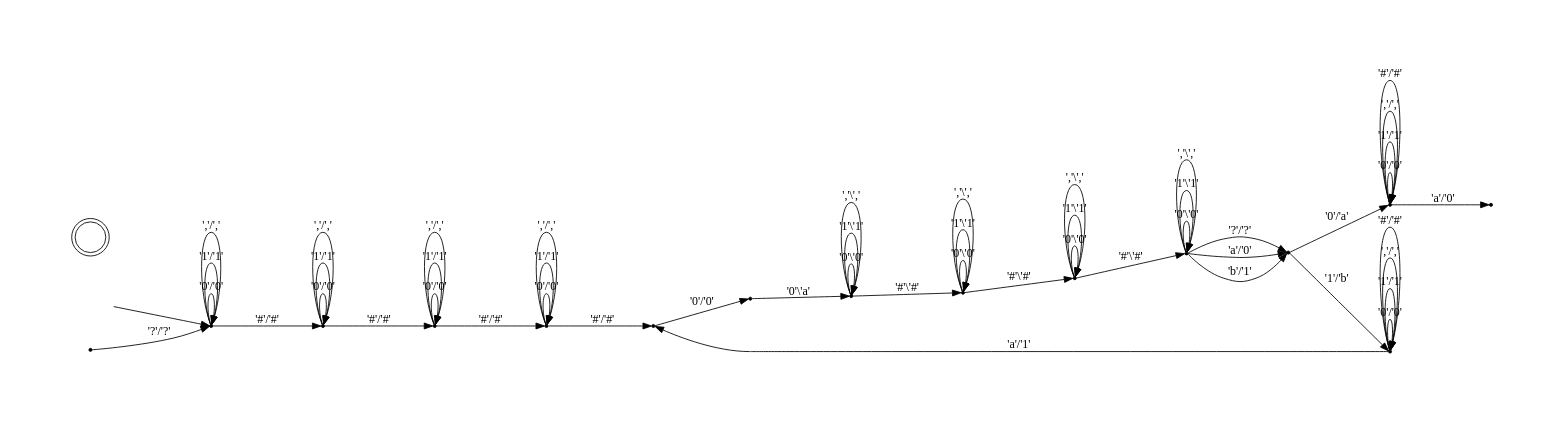
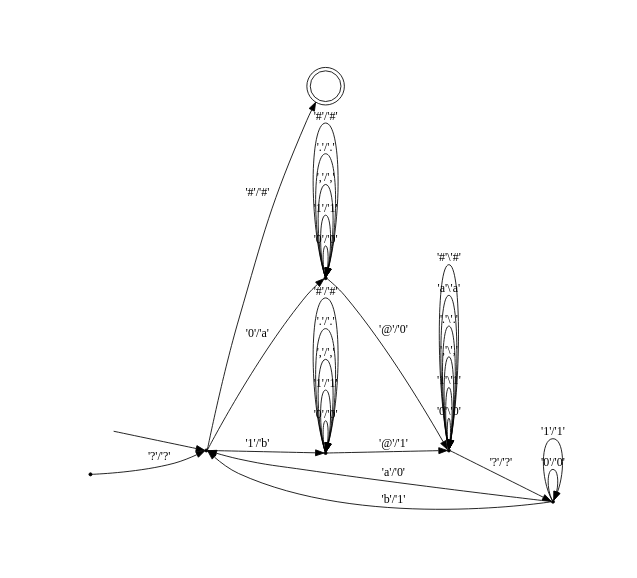
The diagram in lweilr/utm.gv (laura-weiler/EL_UTM), drawn with Graphviz before and after one commit. The commit also changed 1 other file, not shown here.

```diff
--- a/lweilr/utm.gv
+++ b/lweilr/utm.gv
@@ -1,58 +1,36 @@
 digraph pda {
 graph [pad="1", nodesep=".5", ranksep="1"];
 rankdir = LR;
 hidden [shape = plaintext, label = ""];
 node [shape = doublecircle];
 25 [label = ""];
 node [shape = point];
 hidden -> 1;
 0 -> 1 [label = "'?'/'?'"];
-1 -> 1 [label = "'0'/'0'"];
-1 -> 1 [label = "'1'/'1'"];
-1 -> 1 [label = "','/','"];
-1 -> 2 [label = "'#'/'#'"];
+1 -> 2 [label = "'0'/'a'"];
+1 -> 3 [label = "'1'/'b'"];
+1 -> 25 [label = "'#'/'#'"];
 2 -> 2 [label = "'0'/'0'"];
 2 -> 2 [label = "'1'/'1'"];
 2 -> 2 [label = "','/','"];
-2 -> 3 [label = "'#'/'#'"];
+2 -> 2 [label = "'.'/'.'"];
+2 -> 2 [label = "'#'/'#'"];
 3 -> 3 [label = "'0'/'0'"];
 3 -> 3 [label = "'1'/'1'"];
 3 -> 3 [label = "','/','"];
-3 -> 4 [label = "'#'/'#'"];
-4 -> 4 [label = "'0'/'0'"];
-4 -> 4 [label = "'1'/'1'"];
-4 -> 4 [label = "','/','"];
-4 -> 5 [label = "'#'/'#'"];
-5 -> 6 [label = "'0'/'0'"];
-6 -> 7 [label = "'0'\\'a'"];
-7 -> 7 [label = "'0'\\'0'"];
-7 -> 7 [label = "'1'\\'1'"];
-7 -> 7 [label = "','\\','"];
-7 -> 8 [label = "'#'\\'#'"];
-8 -> 8 [label = "'0'\\'0'"];
-8 -> 8 [label = "'1'\\'1'"];
-8 -> 8 [label = "','\\','"];
-8 -> 9 [label = "'#'\\'#'"];
-9 -> 9 [label = "'0'\\'0'"];
-9 -> 9 [label = "'1'\\'1'"];
-9 -> 9 [label = "','\\','"];
-9 -> 10 [label = "'#'\\'#'"];
-10 -> 10 [label = "'0'\\'0'"];
-10 -> 10 [label = "'1'\\'1'"];
-10 -> 10 [label = "','\\','"];
-10 -> 12 [label = "'?'/'?'"];
-10 -> 12 [label = "'a'/'0'"];
-10 -> 12 [label = "'b'/'1'"];
-12 -> 13 [label = "'0'/'a'"];
-13 -> 13 [label = "'0'/'0'"];
-13 -> 13 [label = "'1'/'1'"];
-13 -> 13 [label = "','/','"];
-13 -> 13 [label = "'#'/'#'"];
-13 -> 14 [label = "'a'/'0'"];
-12 -> 15 [label = "'1'/'b'"];
-15 -> 15 [label = "'0'/'0'"];
-15 -> 15 [label = "'1'/'1'"];
-15 -> 15 [label = "','/','"];
-15 -> 15 [label = "'#'/'#'"];
-15 -> 5 [label = "'a'/'1'"];
+3 -> 3 [label = "'.'/'.'"];
+3 -> 3 [label = "'#'/'#'"];
+2 -> 4 [label = "'@'/'0'"];
+3 -> 4 [label = "'@'/'1'"];
+4 -> 4 [label = "'0'\\'0'"];
+4 -> 4 [label = "'1'\\'1'"];
+4 -> 4 [label = "','\\','"];
+4 -> 4 [label = "'.'\\'.'"];
+4 -> 4 [label = "'a'\\'a'"];
+4 -> 4 [label = "'#'\\'#'"];
+4 -> 5 [label = "'?'/'?'"];
+5 -> 5 [label = "'0'/'0'"];
+5 -> 5 [label = "'1'/'1'"];
+5 -> 1 [label = "'a'/'0'"];
+5 -> 1 [label = "'b'/'1'"];
 }
```
